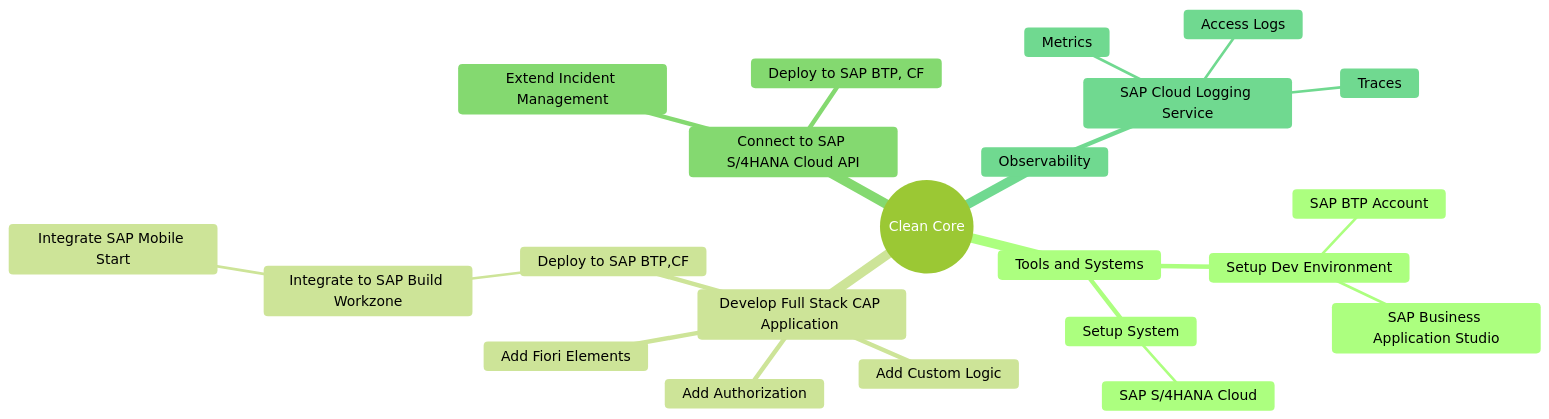
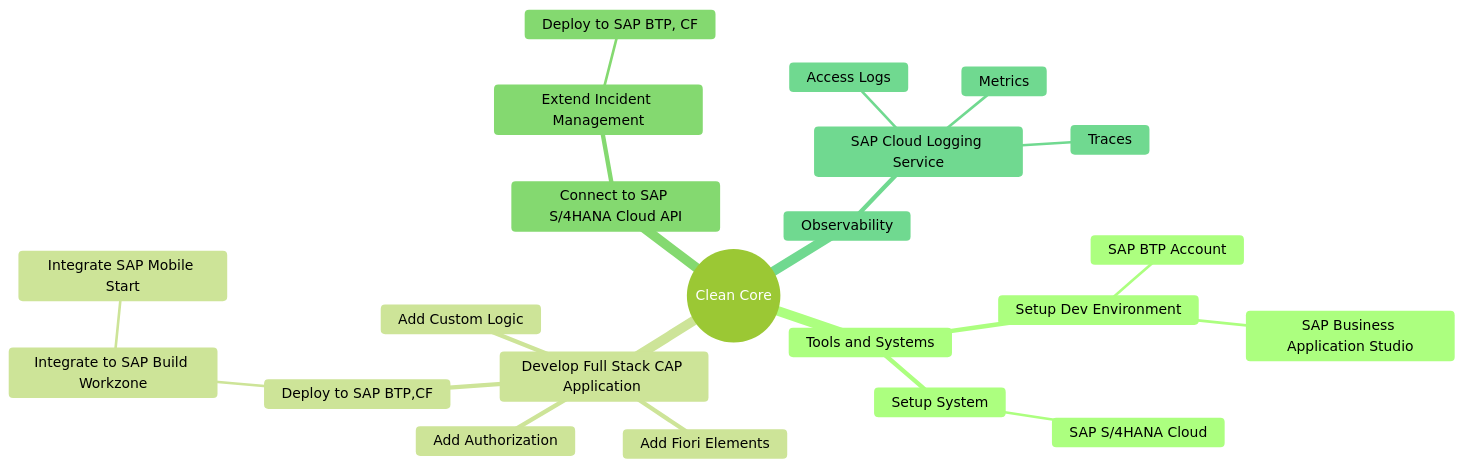
Before and after one commit to SAP-samples/btp-end-to-end-scenario-use-cases: the first of 4 diagrams in topic3/README.md, drawn with Mermaid (forest theme).

````diff
--- a/topic3/README.md
+++ b/topic3/README.md
@@ -9,25 +9,25 @@
 ```mermaid
    mindmap
   root((Clean Core))
     Tools and Systems
       Setup Dev Environment
         SAP BTP Account
         SAP Business Application Studio
       Setup System   
         SAP S/4HANA Cloud
     Develop Full Stack CAP Application 
       Add Custom Logic
       Add Fiori Elements
       Add Authorization
       Deploy to SAP BTP,CF
         Integrate to SAP Build Workzone
           Integrate SAP Mobile Start
     Connect to SAP S/4HANA Cloud API
       Extend Incident Management
-      Deploy to SAP BTP, CF
+        Deploy to SAP BTP, CF
     Observability
       SAP Cloud Logging Service
         Access Logs
         Metrics
         Traces
 ```
````
